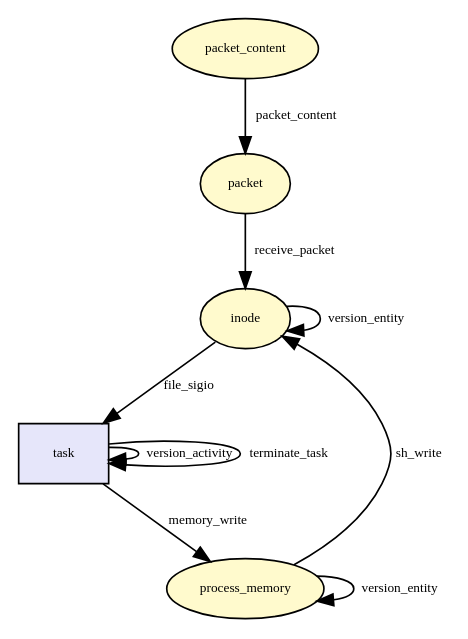
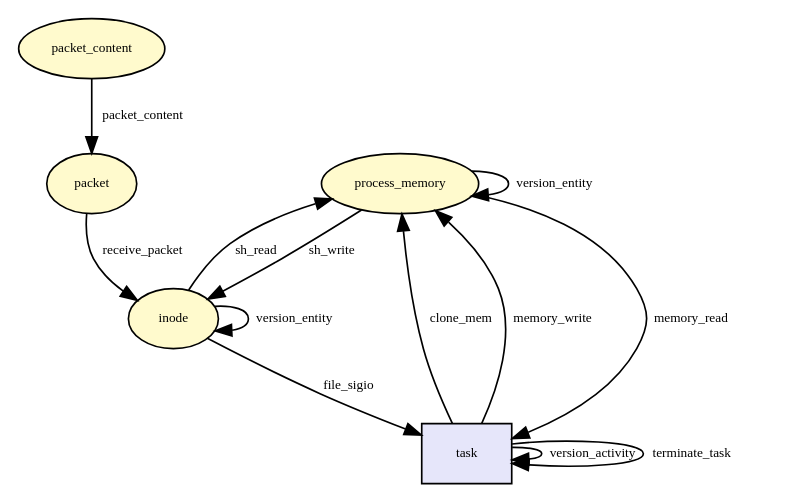
The diagram in docs/dot/__x64_sys_unshare.dot (CamFlow/camflow-dev), drawn with Graphviz before and after one commit. The commit also changed 65 other files, not shown here.

```diff
--- a/docs/dot/__x64_sys_unshare.dot
+++ b/docs/dot/__x64_sys_unshare.dot
@@ -1,29 +1,35 @@
-digraph RGL__DirectedAdjacencyGraph {inode[fontsize = 8,label = inode,shape = ellipse, fillcolor="#fffacd", style = filled]
+digraph RGL__DirectedAdjacencyGraph {process_memory[fontsize = 8,label = process_memory,shape = ellipse, fillcolor="#fffacd", style = filled]
 
 task[fontsize = 8,label = task,shape = rectangle, fillcolor="#e6e6fa", style = filled]
 
-inode -> task[fontsize = 8,label = file_sigio]
+process_memory -> task[fontsize = 8,label = memory_read]
 
-process_memory[fontsize = 8,label = process_memory,shape = ellipse, fillcolor="#fffacd", style = filled]
-
-task -> process_memory[fontsize = 8,label = memory_write]
+task -> process_memory[fontsize = 8,label = clone_mem]
 
 task -> task[fontsize = 8,label = version_activity]
 
 process_memory -> process_memory[fontsize = 8,label = version_entity]
+
+inode[fontsize = 8,label = inode,shape = ellipse, fillcolor="#fffacd", style = filled]
+
+inode -> process_memory[fontsize = 8,label = sh_read]
+
+inode -> task[fontsize = 8,label = file_sigio]
+
+task -> process_memory[fontsize = 8,label = memory_write]
 
 process_memory -> inode[fontsize = 8,label = sh_write]
 
 inode -> inode[fontsize = 8,label = version_entity]
 
 packet_content[fontsize = 8,label = packet_content,shape = ellipse, fillcolor="#fffacd", style = filled]
 
 packet[fontsize = 8,label = packet,shape = ellipse, fillcolor="#fffacd", style = filled]
 
 packet_content -> packet[fontsize = 8,label = packet_content]
 
 packet -> inode[fontsize = 8,label = receive_packet]
 
 task -> task[fontsize = 8,label = terminate_task]
 
 }
```
